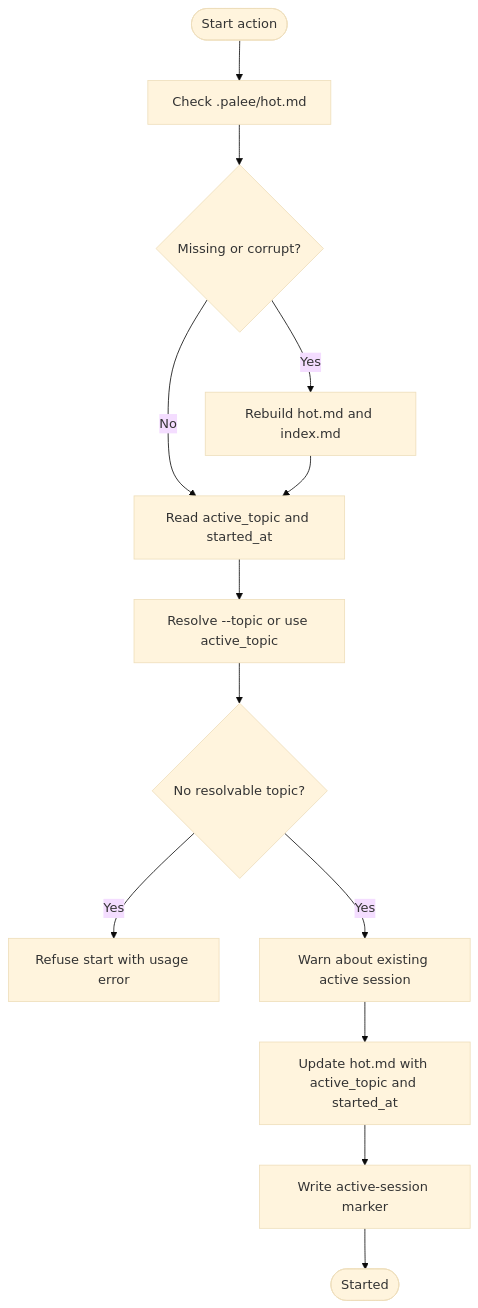
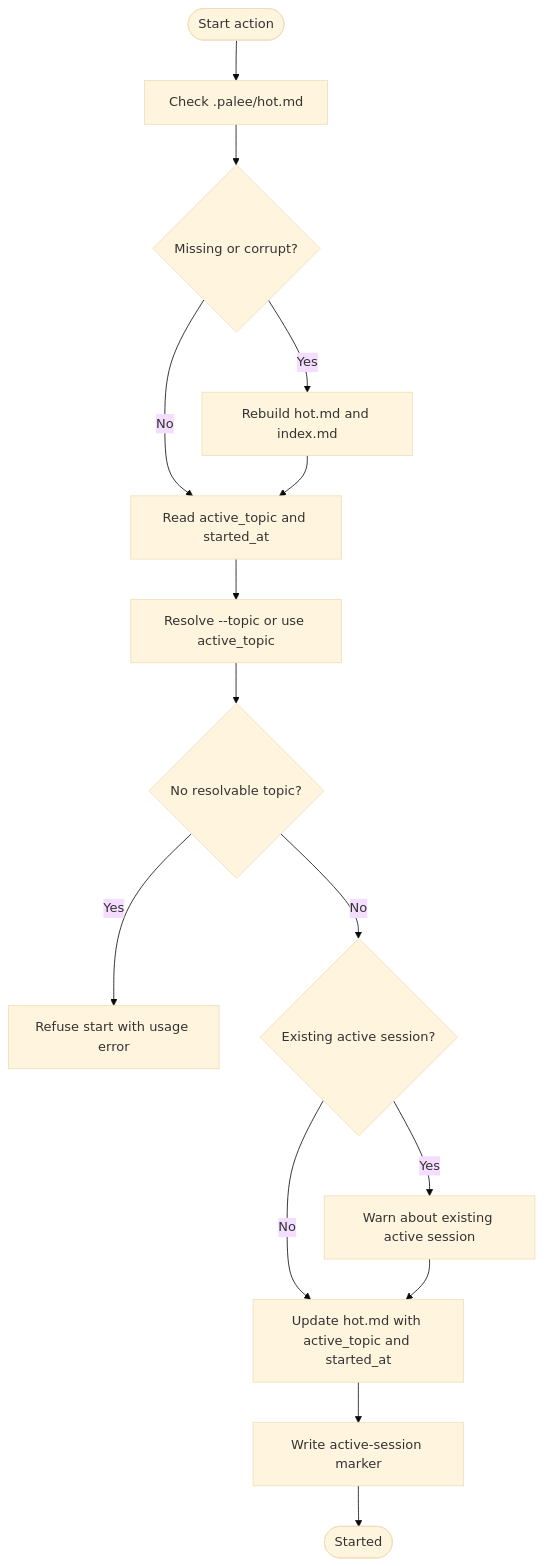
One commit to Kuldeep2822k/palee-architecture changed the third of 6 diagrams in User Guide/Session Management.md. Above: the diagram before and after it, drawn with Mermaid (base theme). The commit also changed other lines of this file and 6 other files, not shown here.

Commit message:
docs(user-guide): fix SM-2 table, JSON filtering workflows and session flowcharts

````diff
--- a/User Guide/Session Management.md
+++ b/User Guide/Session Management.md
@@ -144,15 +145,17 @@
 ```mermaid
 flowchart TD
     Start(["Start action"]) --> CheckHot["Check .palee/hot.md"]
     CheckHot --> Missing{"Missing or corrupt?"}
     Missing -->|Yes| Rebuild["Rebuild hot.md and index.md"]
     Missing -->|No| ValidateFrontmatter["Read active_topic and started_at"]
     Rebuild --> ValidateFrontmatter
     ValidateFrontmatter --> ResolveTopic["Resolve --topic or use active_topic"]
     ResolveTopic --> NoTopic{"No resolvable topic?"}
     NoTopic -->|Yes| Refuse["Refuse start with usage error"]
-    NoTopic -->|Yes| WarnOverlap["Warn about existing active session"]
-    WarnOverlap --> UpdateHot["Update hot.md with active_topic and started_at"]
+    NoTopic -->|No| CheckActive{"Existing active session?"}
+    CheckActive -->|Yes| WarnOverlap["Warn about existing active session"]
+    CheckActive -->|No| UpdateHot["Update hot.md with active_topic and started_at"]
+    WarnOverlap --> UpdateHot
     UpdateHot --> WriteMarker["Write active-session marker"]
     WriteMarker --> Done(["Started"])
 ```
````
